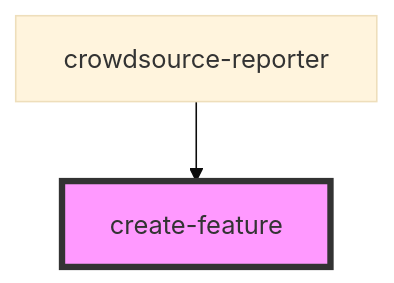
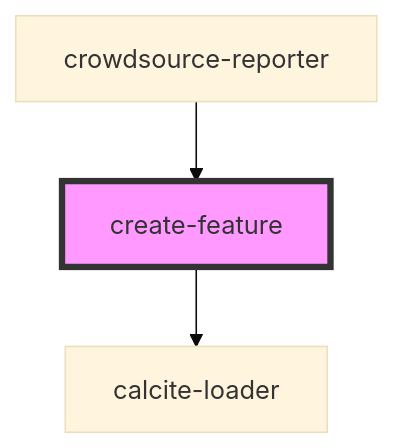
Before and after one commit to Esri/solutions-components: the diagram in src/components/create-feature/readme.md, drawn with Mermaid (base theme). The commit also changed other lines of this file and 2 other files, not shown here.

Commit message:
hide create flicker

````diff
--- a/src/components/create-feature/readme.md
+++ b/src/components/create-feature/readme.md
@@ -59,5 +63,6 @@
 ```mermaid
 graph TD;
+  create-feature --> calcite-loader
   crowdsource-reporter --> create-feature
   style create-feature fill:#f9f,stroke:#333,stroke-width:4px
 ```
````
